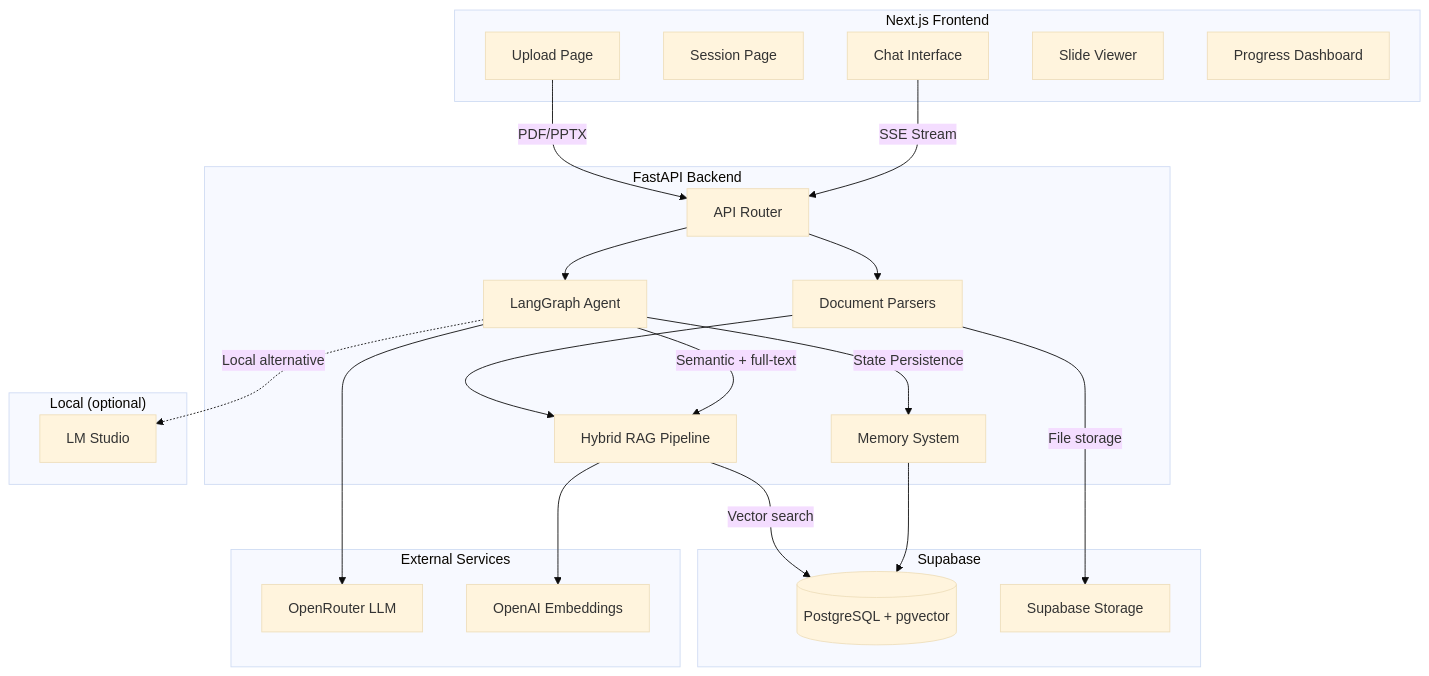
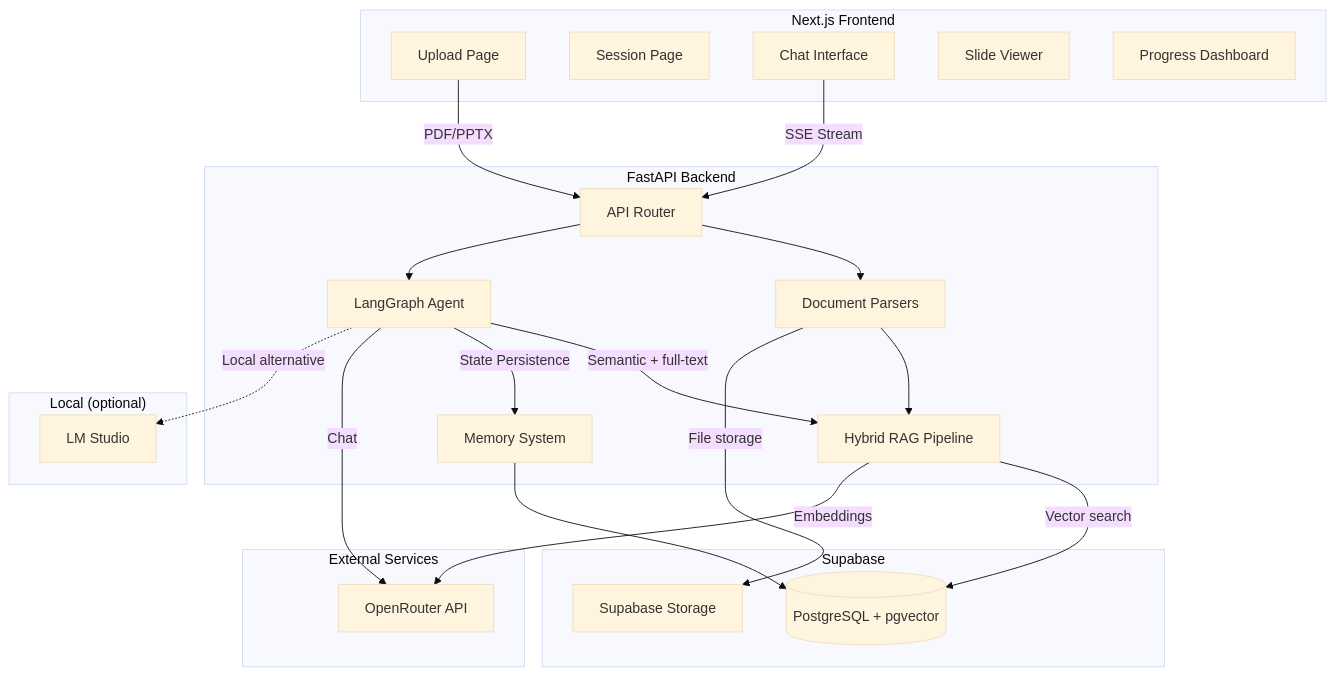
One commit to SpectrumTantrum/Slideguide changed the diagram in README.md. Above: the diagram before and after it, drawn with Mermaid (base theme). The commit also changed other lines of this file, not shown here.

First line of the commit message:
Update README to reflect OpenRouter embeddings instead of OpenAI

````diff
--- a/README.md
+++ b/README.md
@@ -7,45 +7,44 @@
 ```mermaid
 graph TB
     subgraph Frontend["Next.js Frontend"]
         Upload[Upload Page]
         Session[Session Page]
         Chat[Chat Interface]
         Slides[Slide Viewer]
         Progress[Progress Dashboard]
     end
 
     subgraph API["FastAPI Backend"]
         Router[API Router]
         Parsers[Document Parsers]
         RAG[Hybrid RAG Pipeline]
         Agent[LangGraph Agent]
         Memory[Memory System]
     end
 
     subgraph External["External Services"]
-        OpenRouter[OpenRouter LLM]
-        OpenAI[OpenAI Embeddings]
+        OpenRouter[OpenRouter API]
     end
 
     subgraph Supabase["Supabase"]
         Postgres[(PostgreSQL + pgvector)]
         Storage[Supabase Storage]
     end
 
     subgraph Local["Local (optional)"]
         LMStudio[LM Studio]
     end
 
     Upload -->|PDF/PPTX| Router
     Chat -->|SSE Stream| Router
     Router --> Parsers --> RAG
     Router --> Agent
     Agent -->|Semantic + full-text| RAG
     Agent -->|State Persistence| Memory
     RAG -->|Vector search| Postgres
-    RAG --> OpenAI
-    Agent --> OpenRouter
+    RAG -->|Embeddings| OpenRouter
+    Agent -->|Chat| OpenRouter
     Agent -.->|Local alternative| LMStudio
     Memory --> Postgres
     Parsers -->|File storage| Storage
 ```
````
